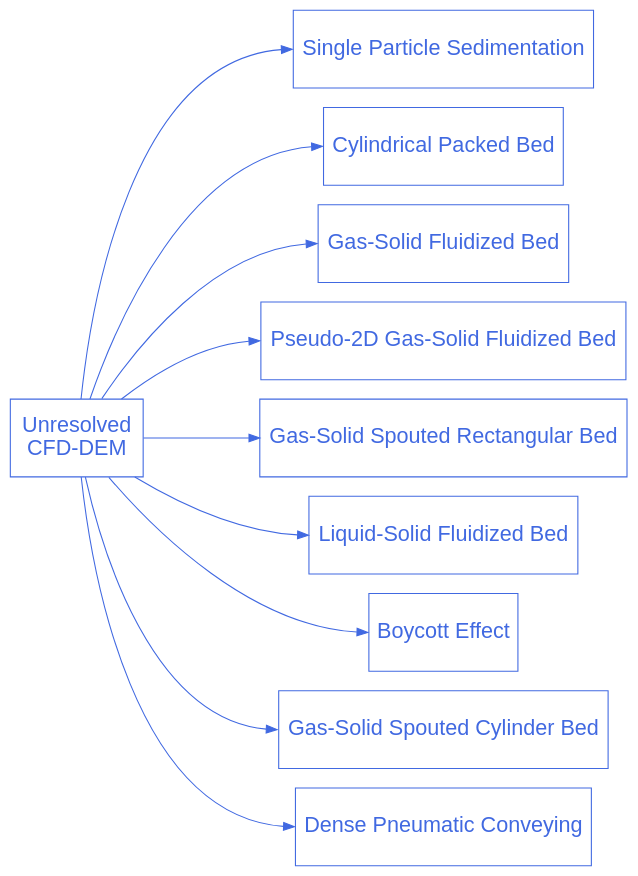
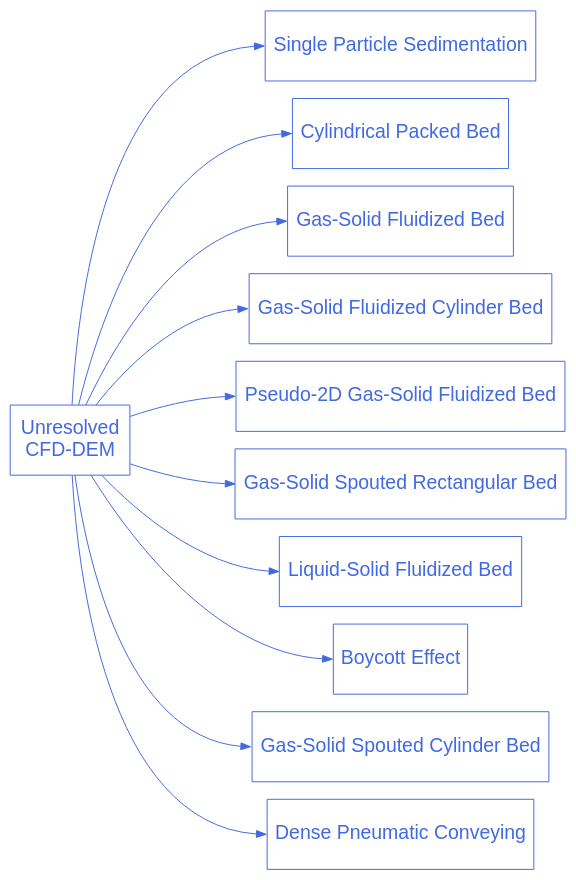
The diagram in doc/source/examples/unresolved-cfd-dem/unresolved-cfd-dem.rst (chaos-polymtl/lethe), drawn with Graphviz before and after one commit. The commit also changed other lines of this file and 14 other files, not shown here.

First line of the commit message:
Fluidized bed example (#1844)

```diff
--- a/doc/source/examples/unresolved-cfd-dem/unresolved-cfd-dem.rst
+++ b/doc/source/examples/unresolved-cfd-dem/unresolved-cfd-dem.rst
@@ -22,39 +23,42 @@
 .. graphviz:: 
 
     digraph unresolved_cfd_dem_diagram {
       graph [bgcolor="transparent", align=true, ranksep=1.5];
       node [fontname=Arial, fontsize=20, shape=box, fontcolor=royalblue, color=royalblue, height=1];
       edge [color=royalblue];
       rankdir="LR";
       size = "9,9";
 
       unresolved_cfd_dem [label="Unresolved \nCFD-DEM", href="https://chaos-polymtl.github.io/lethe/documentation/examples/unresolved-cfd-dem/unresolved-cfd-dem.html"];
 
       cfd_dem_1 [label="Single Particle Sedimentation", href="https://chaos-polymtl.github.io/lethe/documentation/examples/unresolved-cfd-dem/single-particle-sedimentation/single-particle-sedimentation.html"];
 
       cfd_dem_2 [label="Cylindrical Packed Bed", href="https://chaos-polymtl.github.io/lethe/documentation/examples/unresolved-cfd-dem/cylindrical-packed-bed/cylindrical-packed-bed.html"];
 
       cfd_dem_3 [label="Gas-Solid Fluidized Bed", href="https://chaos-polymtl.github.io/lethe/documentation/examples/unresolved-cfd-dem/gas-solid-fluidized-bed/gas-solid-fluidized-bed.html"];
 
-      cfd_dem_4 [label="Pseudo-2D Gas-Solid Fluidized Bed", href="https://chaos-polymtl.github.io/lethe/documentation/examples/unresolved-cfd-dem/pseudo-2d-gas-solid-fluidized-bed/pseudo-2d-gas-solid-fluidized-bed.html"];
+      cfd_dem_4 [label="Gas-Solid Fluidized Cylinder Bed", href="https://chaos-polymtl.github.io/lethe/documentation/examples/unresolved-cfd-dem/gas-solid-fluidized-cylinder-bed/gas-solid-fluidized-cylinder-bed.html"];
 
-      cfd_dem_5 [label="Gas-Solid Spouted Rectangular Bed", href="https://chaos-polymtl.github.io/lethe/documentation/examples/unresolved-cfd-dem/gas-solid-spouted-rectangular-bed/gas-solid-spouted-rectangular-bed.html"];
+      cfd_dem_5 [label="Pseudo-2D Gas-Solid Fluidized Bed", href="https://chaos-polymtl.github.io/lethe/documentation/examples/unresolved-cfd-dem/pseudo-2d-gas-solid-fluidized-bed/pseudo-2d-gas-solid-fluidized-bed.html"];
 
-      cfd_dem_6 [label="Liquid-Solid Fluidized Bed", href="https://chaos-polymtl.github.io/lethe/documentation/examples/unresolved-cfd-dem/liquid-solid-fluidized-bed/liquid-solid-fluidized-bed.html"];
+      cfd_dem_6 [label="Gas-Solid Spouted Rectangular Bed", href="https://chaos-polymtl.github.io/lethe/documentation/examples/unresolved-cfd-dem/gas-solid-spouted-rectangular-bed/gas-solid-spouted-rectangular-bed.html"];
 
-      cfd_dem_7 [label="Boycott Effect", href="https://chaos-polymtl.github.io/lethe/documentation/examples/unresolved-cfd-dem/boycott-effect/boycott-effect.html"];
+      cfd_dem_7 [label="Liquid-Solid Fluidized Bed", href="https://chaos-polymtl.github.io/lethe/documentation/examples/unresolved-cfd-dem/liquid-solid-fluidized-bed/liquid-solid-fluidized-bed.html"];
 
-      cfd_dem_8 [label="Gas-Solid Spouted Cylinder Bed", href="https://chaos-polymtl.github.io/lethe/documentation/examples/unresolved-cfd-dem/gas-solid-spouted-cylinder-bed/gas-solid-spouted-cylinder-bed.html"];
+      cfd_dem_8 [label="Boycott Effect", href="https://chaos-polymtl.github.io/lethe/documentation/examples/unresolved-cfd-dem/boycott-effect/boycott-effect.html"];
 
-      cfd_dem_9 [label="Dense Pneumatic Conveying", href="https://chaos-polymtl.github.io/lethe/documentation/examples/unresolved-cfd-dem/dense-pneumatic-conveying/dense-pneumatic-conveying.html"];
+      cfd_dem_9 [label="Gas-Solid Spouted Cylinder Bed", href="https://chaos-polymtl.github.io/lethe/documentation/examples/unresolved-cfd-dem/gas-solid-spouted-cylinder-bed/gas-solid-spouted-cylinder-bed.html"];
+
+      cfd_dem_10 [label="Dense Pneumatic Conveying", href="https://chaos-polymtl.github.io/lethe/documentation/examples/unresolved-cfd-dem/dense-pneumatic-conveying/dense-pneumatic-conveying.html"];
 
       unresolved_cfd_dem -> cfd_dem_1:w;
       unresolved_cfd_dem -> cfd_dem_2:w;
       unresolved_cfd_dem -> cfd_dem_3:w;
       unresolved_cfd_dem -> cfd_dem_4:w;
       unresolved_cfd_dem -> cfd_dem_5:w;
       unresolved_cfd_dem -> cfd_dem_6:w;
       unresolved_cfd_dem -> cfd_dem_7:w;
       unresolved_cfd_dem -> cfd_dem_8:w;
       unresolved_cfd_dem -> cfd_dem_9:w;
+      unresolved_cfd_dem -> cfd_dem_10:w;
     }
```
